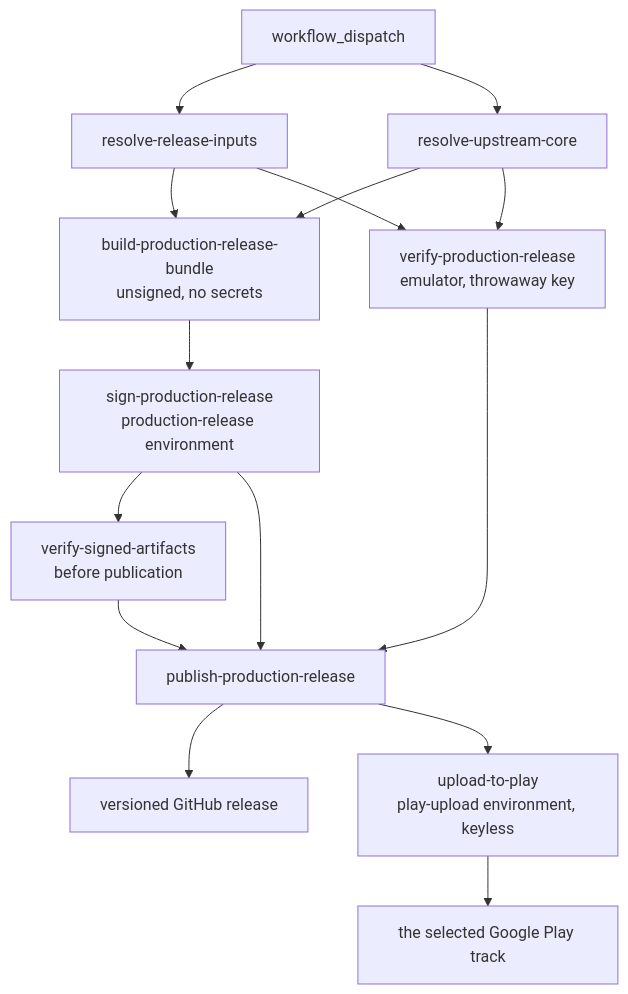
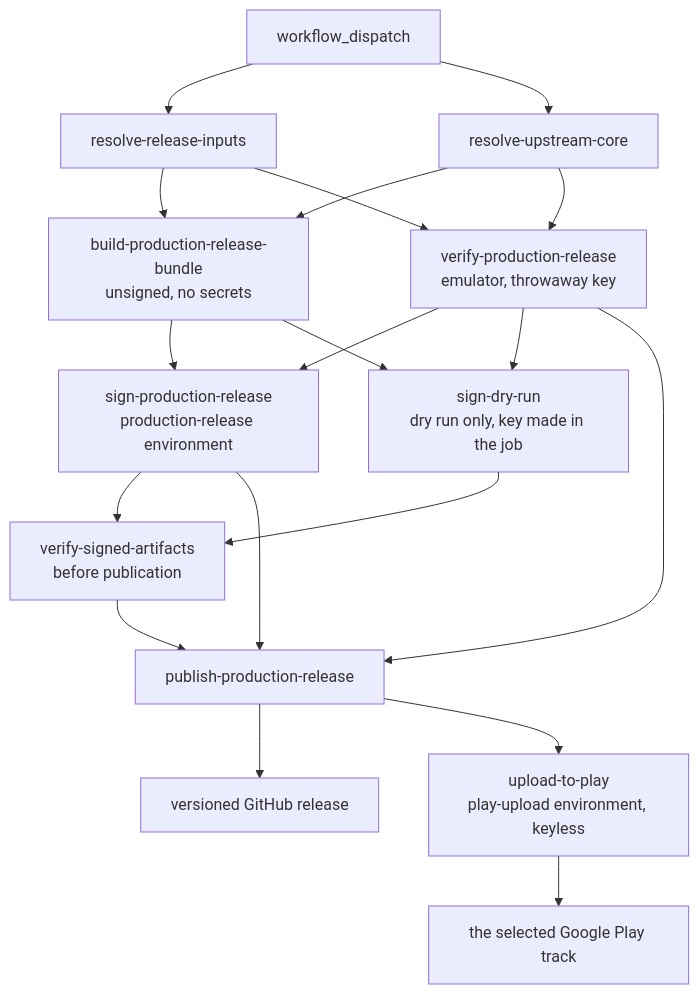
The second of 2 diagrams in android/docs/dev/07-ci-and-release-workflow.md (ppigazzini/r47zen), drawn with Mermaid before and after one commit. The commit also changed other lines of this file and 7 other files, not shown here.

````diff
--- a/android/docs/dev/07-ci-and-release-workflow.md
+++ b/android/docs/dev/07-ci-and-release-workflow.md
@@ -693,29 +693,34 @@
 ```mermaid
 flowchart TD
   A[workflow_dispatch]
   B[resolve-release-inputs]
   C[resolve-upstream-core]
   E[build-production-release-bundle<br/>unsigned, no secrets]
   S[sign-production-release<br/>production-release environment]
+  D[sign-dry-run<br/>dry run only, key made in the job]
   V[verify-production-release<br/>emulator, throwaway key]
   W[verify-signed-artifacts<br/>before publication]
   I[publish-production-release]
   J[versioned GitHub release]
   P[upload-to-play<br/>play-upload environment, keyless]
   K[the selected Google Play track]
 
   A --> B
   A --> C
   B --> E
   C --> E
   E --> S
+  E --> D
   B --> V
   C --> V
+  V --> S
+  V --> D
   S --> W
+  D --> W
   S --> I
   V --> I
   W --> I
   I --> J
   I --> P
   P --> K
 ```
````
